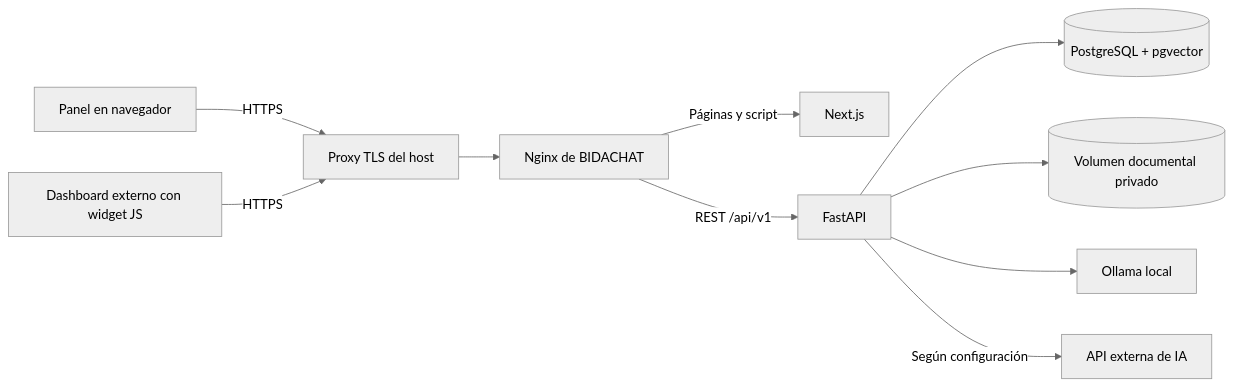
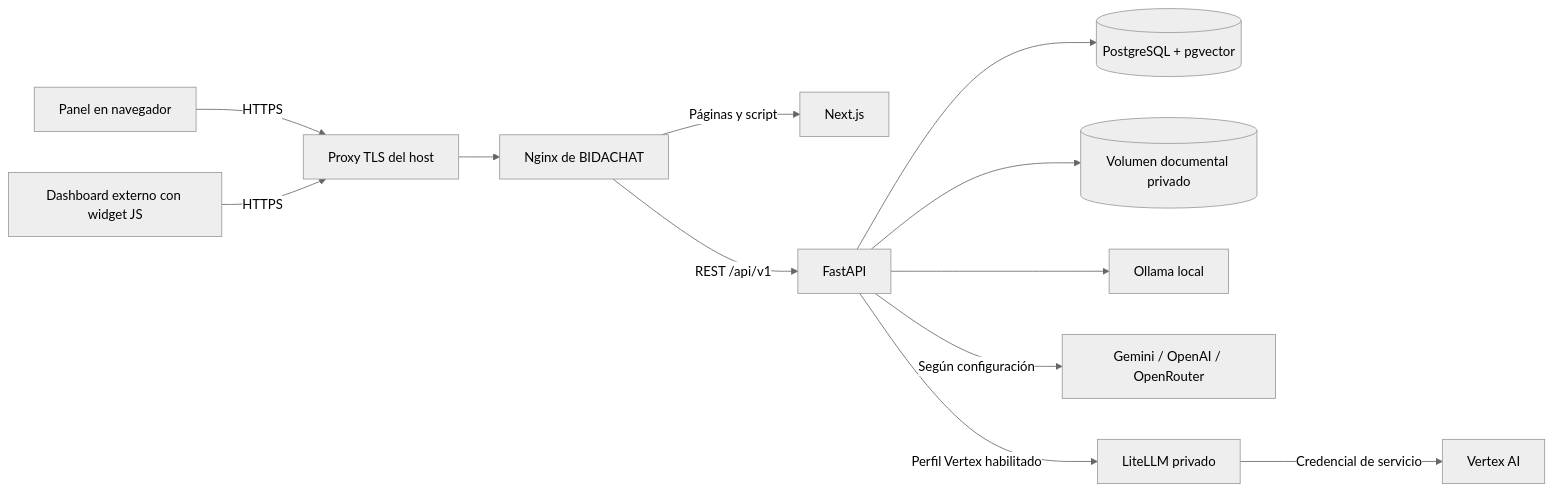
Before and after one commit to lucaduck/BiDachat: the second of 3 diagrams in docs/architecture.md, drawn with Mermaid (neutral theme). The commit also changed other lines of this file and 226 other files, not shown here.

````diff
--- a/docs/architecture.md
+++ b/docs/architecture.md
@@ -19,12 +19,14 @@
 ```mermaid
 flowchart LR
     admin[Panel en navegador] -->|HTTPS| public[Proxy TLS del host]
     dashboard[Dashboard externo con widget JS] -->|HTTPS| public
     public --> nginx[Nginx de BIDACHAT]
     nginx -->|Páginas y script| next[Next.js]
     nginx -->|REST /api/v1| api[FastAPI]
     api --> postgres[(PostgreSQL + pgvector)]
     api --> files[(Volumen documental privado)]
     api --> ollama[Ollama local]
-    api -->|Según configuración| provider[API externa de IA]
+    api -->|Según configuración| direct[Gemini / OpenAI / OpenRouter]
+    api -->|Perfil Vertex habilitado| litellm[LiteLLM privado]
+    litellm -->|Credencial de servicio| vertex[Vertex AI]
 ```
````
